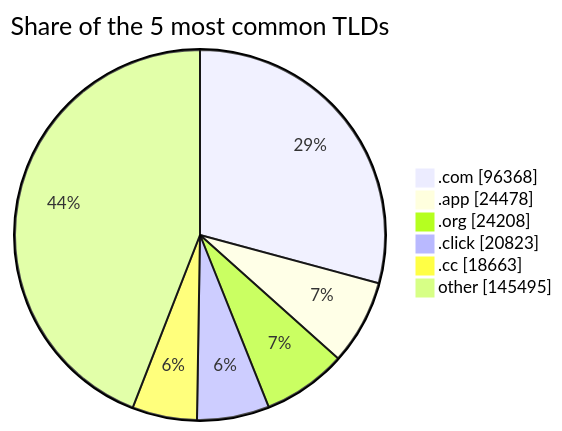
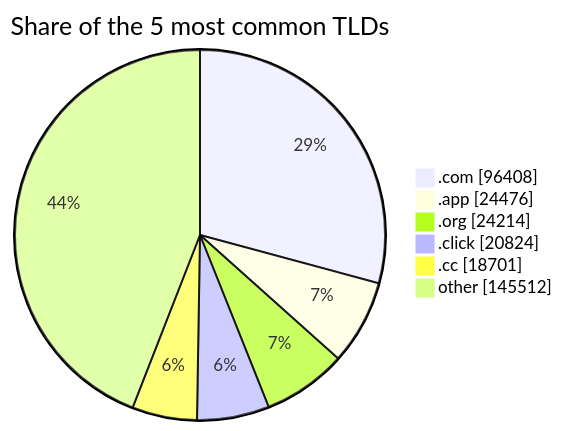
One commit to DNSBunker/CTI changed the third of 3 diagrams in README.md. Above: the diagram before and after it, drawn with Mermaid. The commit also changed other lines of this file and 4 other files, not shown here.

````diff
--- a/README.md
+++ b/README.md
@@ -81,9 +81,9 @@
 ```mermaid
 pie showData title Share of the 5 most common TLDs
-    ".com" : 96368
-    ".app" : 24478
-    ".org" : 24208
-    ".click" : 20823
-    ".cc" : 18663
-    "other" : 145495
+    ".com" : 96408
+    ".app" : 24476
+    ".org" : 24214
+    ".click" : 20824
+    ".cc" : 18701
+    "other" : 145512
 ```
````
